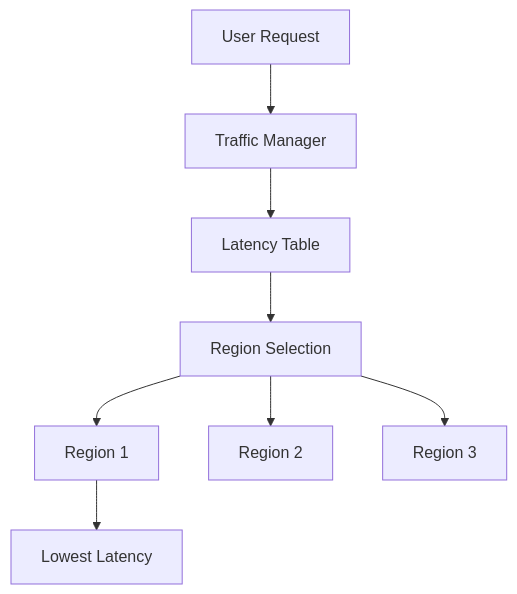
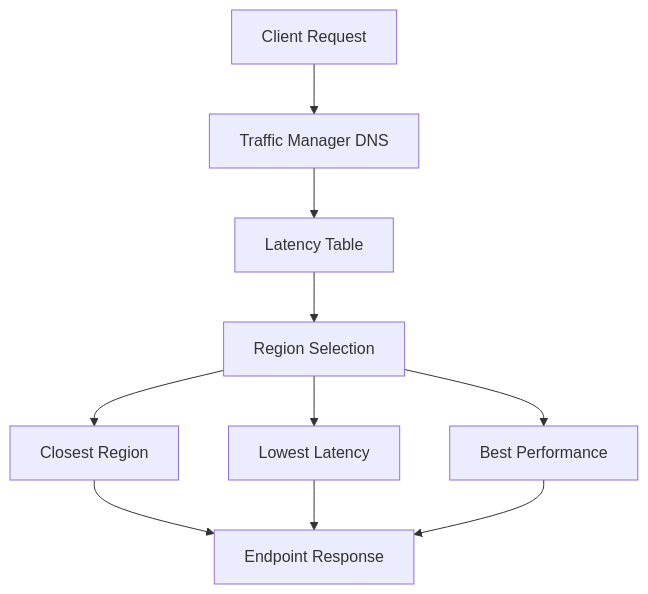
Before and after one commit to saravanakumarrc/Architecture_Journey: the second of 14 diagrams in src/azure/az-104/Traffic_Manager.md, drawn with Mermaid. The commit also changed other lines of this file and 6 other files, not shown here.

````diff
--- a/src/azure/az-104/Traffic_Manager.md
+++ b/src/azure/az-104/Traffic_Manager.md
@@ -34,12 +34,14 @@
 ```mermaid
 graph TB
-    A[User Request] --> B[Traffic Manager]
+    A[Client Request] --> B[Traffic Manager DNS]
     B --> C[Latency Table]
     C --> D[Region Selection]
     
-    D --> E[Region 1]
-    D --> F[Region 2]
-    D --> G[Region 3]
+    D --> E[Closest Region]
+    D --> F[Lowest Latency]
+    D --> G[Best Performance]
     
-    E --> H[Lowest Latency]
+    E --> H[Endpoint Response]
+    F --> H
+    G --> H
 ```
````
